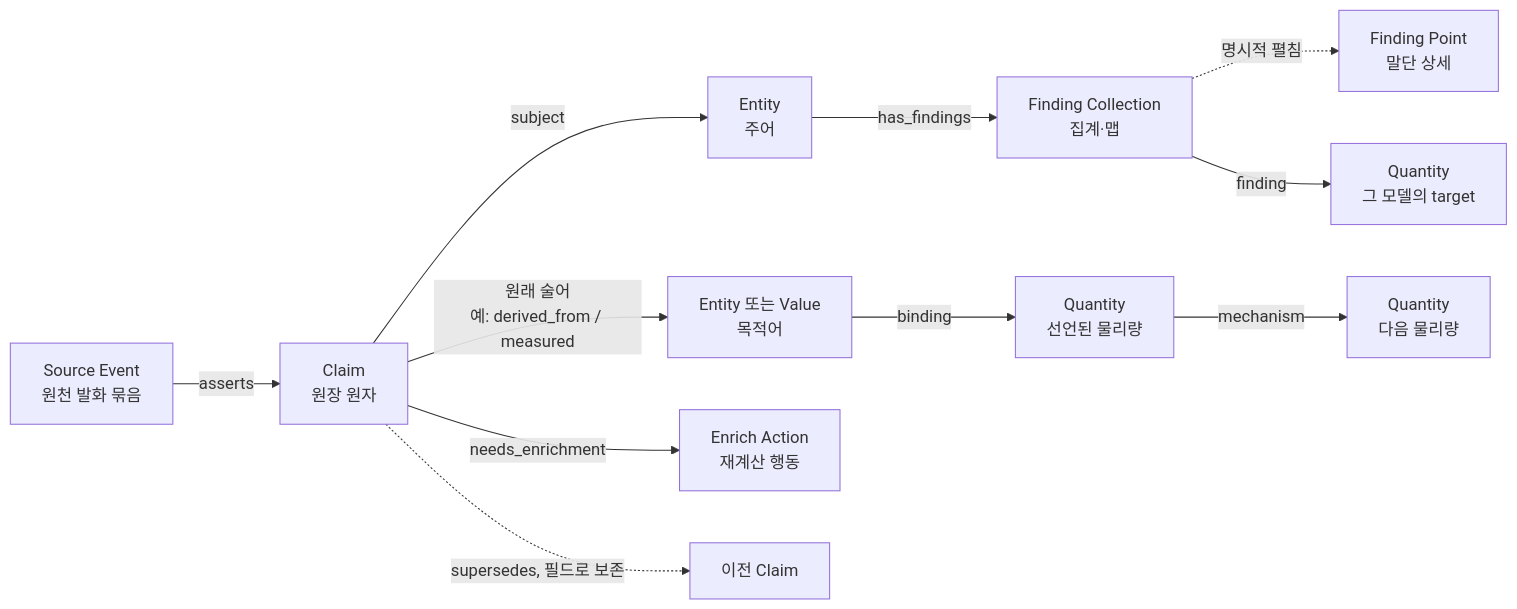
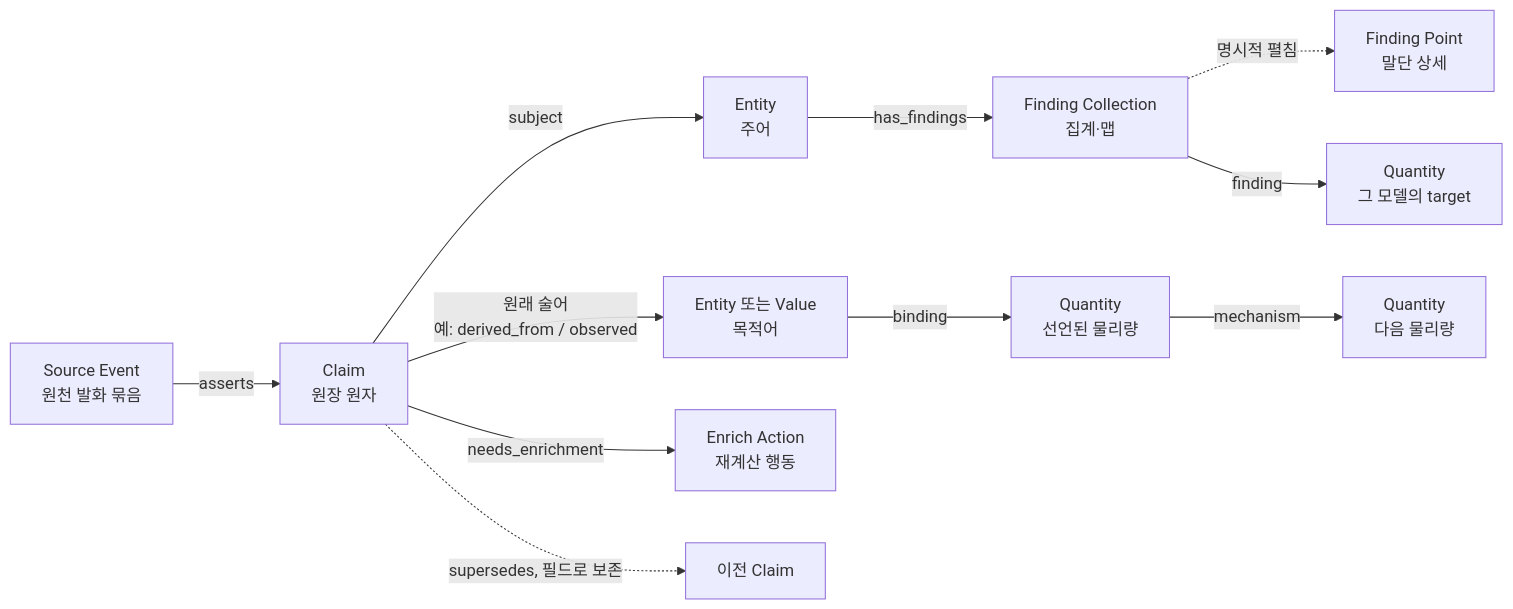
One commit to tiger4432/tableManager changed the diagram in docs/spec/LEDGER_EVIDENCE_SUBGRAPH_SPEC.md. Above: the diagram before and after it, drawn with Mermaid. The commit also changed other lines of this file, not shown here.

````diff
--- a/docs/spec/LEDGER_EVIDENCE_SUBGRAPH_SPEC.md
+++ b/docs/spec/LEDGER_EVIDENCE_SUBGRAPH_SPEC.md
@@ -49,13 +49,13 @@
 ```mermaid
 flowchart LR
   EV["Source Event\n원천 발화 묶음"] -->|asserts| CL["Claim\n원장 원자"]
   CL -->|subject| S["Entity\n주어"]
-  CL -->|"원래 술어\n예: derived_from / measured"| O["Entity 또는 Value\n목적어"]
+  CL -->|"원래 술어\n예: derived_from / observed"| O["Entity 또는 Value\n목적어"]
   S -->|has_findings| FC["Finding Collection\n집계·맵"]
   FC -.->|명시적 펼침| FP["Finding Point\n말단 상세"]
   CL -->|needs_enrichment| EA["Enrich Action\n재계산 행동"]
   O -->|binding| Q["Quantity\n선언된 물리량"]
   FC -->|finding| QT["Quantity\n그 모델의 target"]
   Q -->|mechanism| Q2["Quantity\n다음 물리량"]
   CL -.->|supersedes, 필드로 보존| OLD["이전 Claim"]
 ```
````
